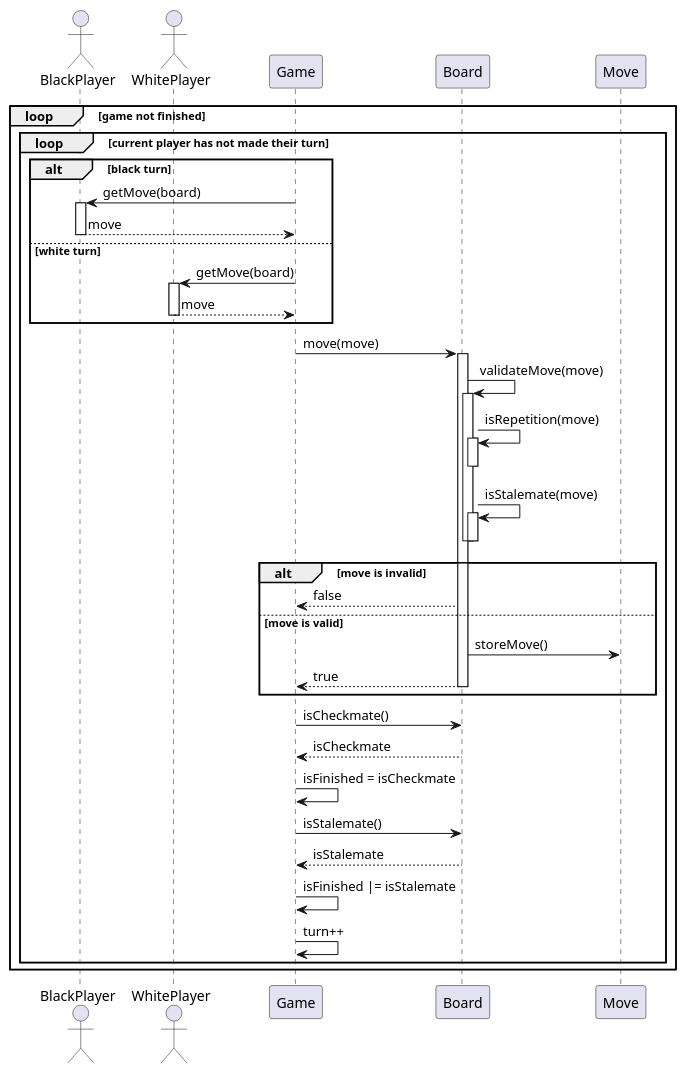
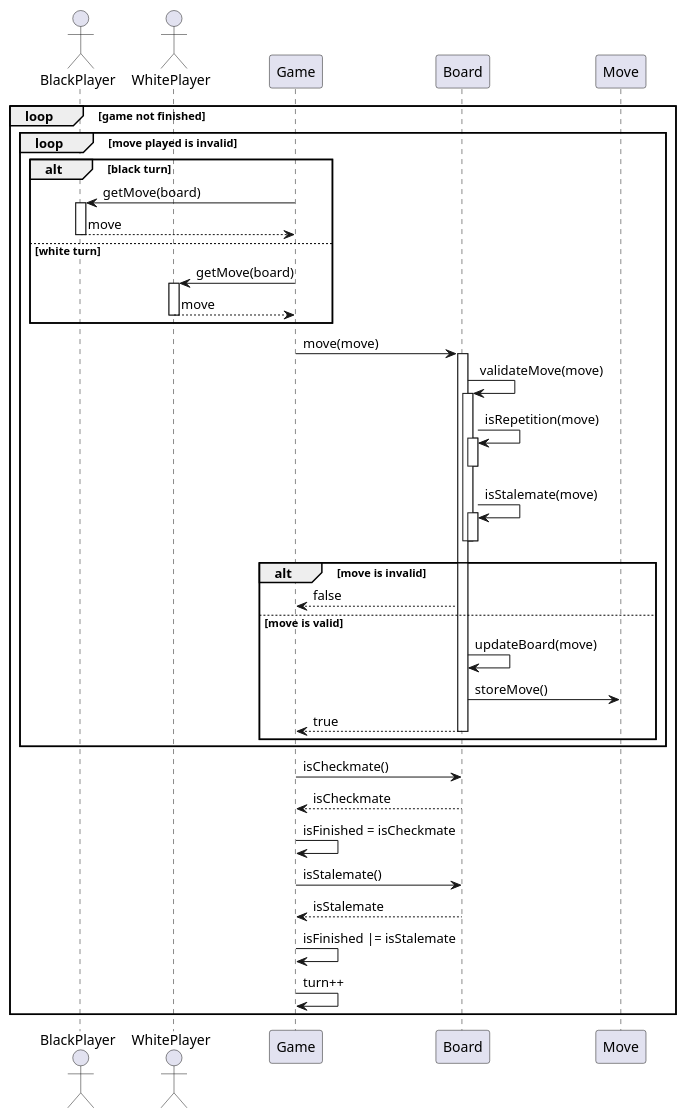
The diagram in docs/preliminary_design_diagrams/sequence_diagrams/play_pvp.puml (ECE493-W22-G04/rl-chess), drawn with PlantUML before and after one commit. The commit also changed 1 other file, not shown here.

Commit message:
Add update board method

```diff
--- a/docs/preliminary_design_diagrams/sequence_diagrams/play_pvp.puml
+++ b/docs/preliminary_design_diagrams/sequence_diagrams/play_pvp.puml
@@ -1,54 +1,53 @@
 @startuml
 
 actor BlackPlayer
 actor WhitePlayer
 
 loop game not finished
-    loop current player has not made their turn
+    loop move played is invalid
         alt black turn
             Game -> BlackPlayer : getMove(board)
             activate BlackPlayer
             BlackPlayer --> Game : move
             deactivate BlackPlayer
         else white turn
             Game -> WhitePlayer : getMove(board)
             activate WhitePlayer
             WhitePlayer --> Game : move
             deactivate WhitePlayer
         end
         Game -> Board : move(move)
         activate Board
             Board -> Board : validateMove(move)
             activate Board
                 Board -> Board : isRepetition(move)
                     activate Board
                     deactivate Board
                 Board -> Board : isStalemate(move)
                     activate Board
                     deactivate Board
             deactivate Board
 
             alt move is invalid
                 Board --> Game : false
             else move is valid
+                Board -> Board : updateBoard(move)
                 Board -> Move : storeMove()
                 Board --> Game : true
                 deactivate Board
             end
         deactivate Board
+    end
 
+    Game -> Board : isCheckmate()
+    Board --> Game : isCheckmate
+    Game -> Game : isFinished = isCheckmate
 
-        Game -> Board : isCheckmate()
-        Board --> Game : isCheckmate
-        Game -> Game : isFinished = isCheckmate
+    Game -> Board : isStalemate()
+    Board --> Game : isStalemate
+    Game -> Game : isFinished |= isStalemate
 
-        Game -> Board : isStalemate()
-        Board --> Game : isStalemate
-        Game -> Game : isFinished |= isStalemate        
-
-
-        Game -> Game : turn++
-    end
+    Game -> Game : turn++
 end
 
 @enduml
```
